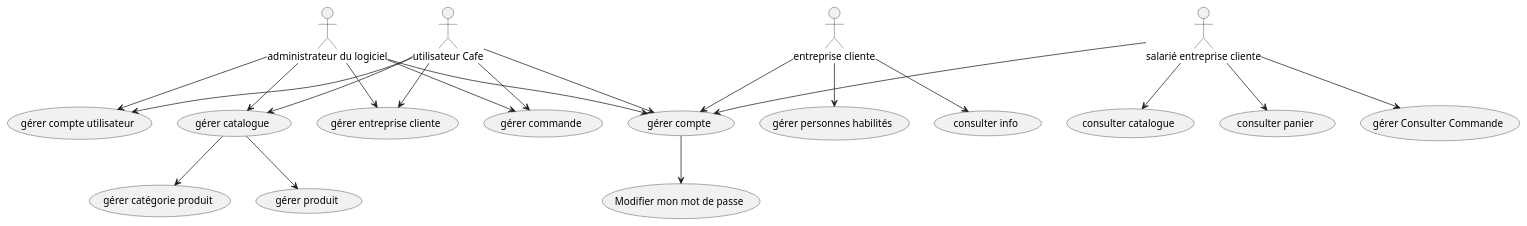
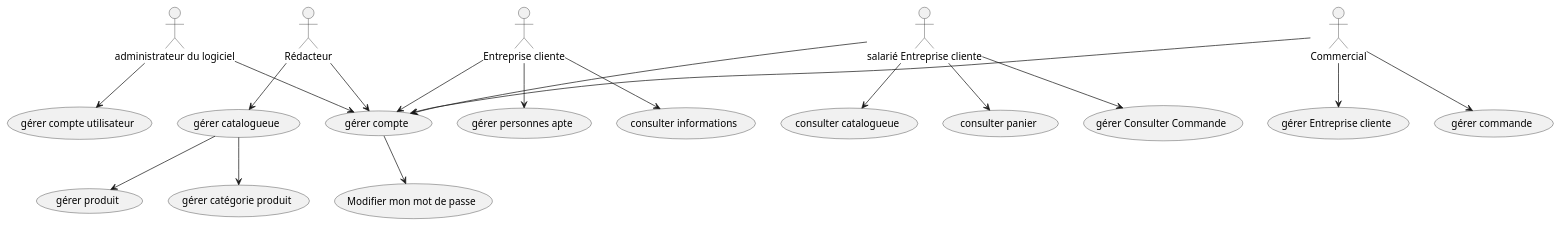
The diagram in usecaseQ11.plantuml (fadel-amar/Projet-cafe), drawn with PlantUML before and after one commit. The commit also changed other lines of this file, not shown here.

Commit message:
Question 11

```diff
--- a/usecaseQ11.plantuml
+++ b/usecaseQ11.plantuml
@@ -1,51 +1,66 @@
 @startuml
-
 usecase (gérer compte) as UC_Gerer_Compte
 usecase (gérer compte utilisateur) as UC_Gerer_Compte_Utilisateur
-usecase (gérer catalogue) as UC_Gerer_Catalogue
-usecase (gérer entreprise cliente) as UC_Gerer_Entreprise
+usecase (gérer catalogueue) as UC_Gerer_catalogueue
+usecase (gérer Entreprise cliente) as UC_Gerer_Entreprise
 usecase (gérer commande) as UC_Gerer_Commande
-usecase (gérer personnes habilités) as UC_Gerer_personnes_habilités
-usecase (consulter info) as UC_Consulter_infos
-usecase (consulter catalogue) as UC_Consulter_catalog
+usecase (gérer personnes apte) as UC_Gerer_personnes_apte
+usecase (consulter informations) as UC_Consulter_informationss
+usecase (consulter catalogueue) as UC_Consulter_catalogue
 usecase (consulter panier) as UC_Panier
 usecase (Modifier mon mot de passe) as UC_MDP
 usecase (gérer produit) as UC_G_Produit
 usecase (gérer catégorie produit) as UC_G_Cat_Produit
 usecase (gérer Consulter Commande) as UC_Consulter_Commande
 
 
 
+
+
+
 actor :administrateur du logiciel: as admin
-actor :utilisateur Cafe: as userCafe
-actor :entreprise cliente: as entreprise
-actor :salarié entreprise cliente: as salarie
+actor :Rédacteur: as Rédacteur
+actor :Entreprise cliente: as Entreprise
+actor :salarié Entreprise cliente: as Salarie
+actor :Commercial: as Commercial
+
+
 
 
 admin --> UC_Gerer_Compte
-admin --> UC_Gerer_Catalogue
-admin --> UC_Gerer_Entreprise
-admin --> UC_Gerer_Commande
 admin --> UC_Gerer_Compte_Utilisateur
 
 
-userCafe --> UC_Gerer_Compte
-userCafe --> UC_Gerer_Catalogue
-userCafe --> UC_Gerer_Entreprise
-userCafe --> UC_Gerer_Commande
-userCafe --> UC_Gerer_Compte_Utilisateur
 
-entreprise --> UC_Gerer_Compte
-entreprise --> UC_Gerer_personnes_habilités
-entreprise --> UC_Consulter_infos
 
-salarie --> UC_Consulter_catalog
-salarie --> UC_Gerer_Compte
-salarie --> UC_Panier
-salarie --> UC_Consulter_Commande
+
+
+
+Salarie --> UC_Consulter_catalogue
+Salarie --> UC_Gerer_Compte
+Salarie --> UC_Panier
+Salarie --> UC_Consulter_Commande
+
+
+Rédacteur --> UC_Gerer_Compte
+Rédacteur --> UC_Gerer_catalogueue
+
+Commercial --> UC_Gerer_Compte
+Commercial --> UC_Gerer_Entreprise
+Commercial --> UC_Gerer_Commande
+
+
+Entreprise --> UC_Gerer_Compte
+Entreprise --> UC_Gerer_personnes_apte
+Entreprise --> UC_Consulter_informationss
+
+
+
+
 
 UC_Gerer_Compte --> UC_MDP
-UC_Gerer_Catalogue --> UC_G_Produit
-UC_Gerer_Catalogue --> UC_G_Cat_Produit
+UC_Gerer_catalogueue --> UC_G_Produit
+UC_Gerer_catalogueue --> UC_G_Cat_Produit
+
 
 @enduml
```
